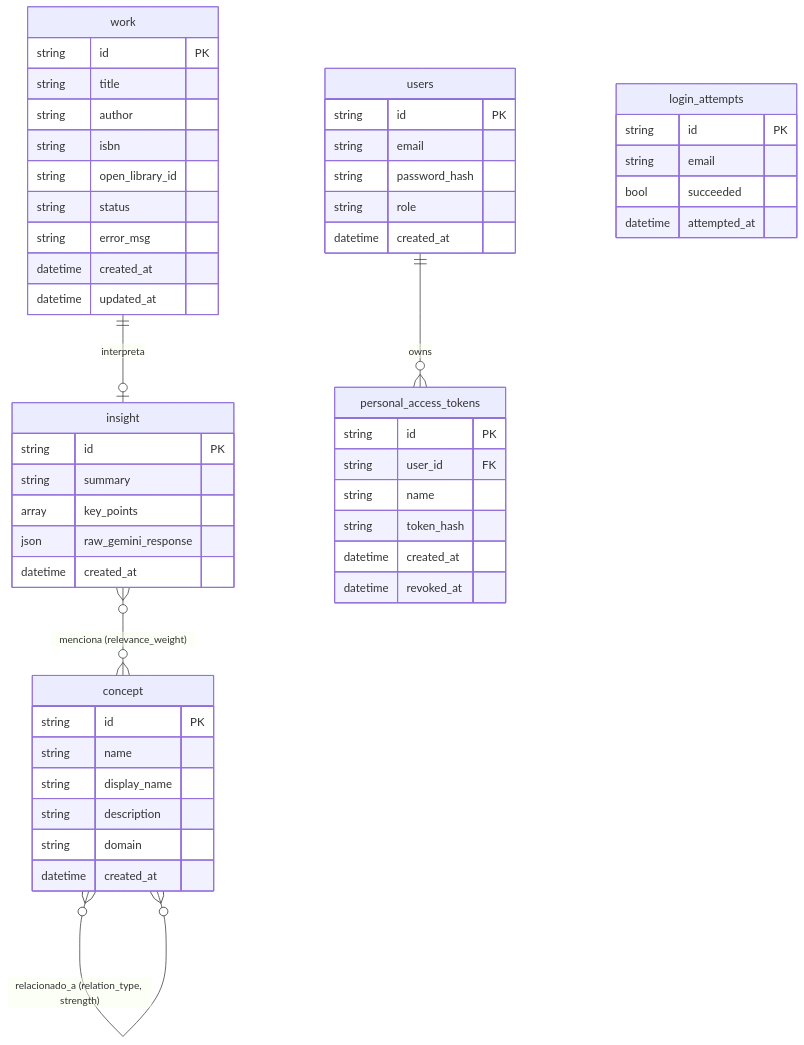
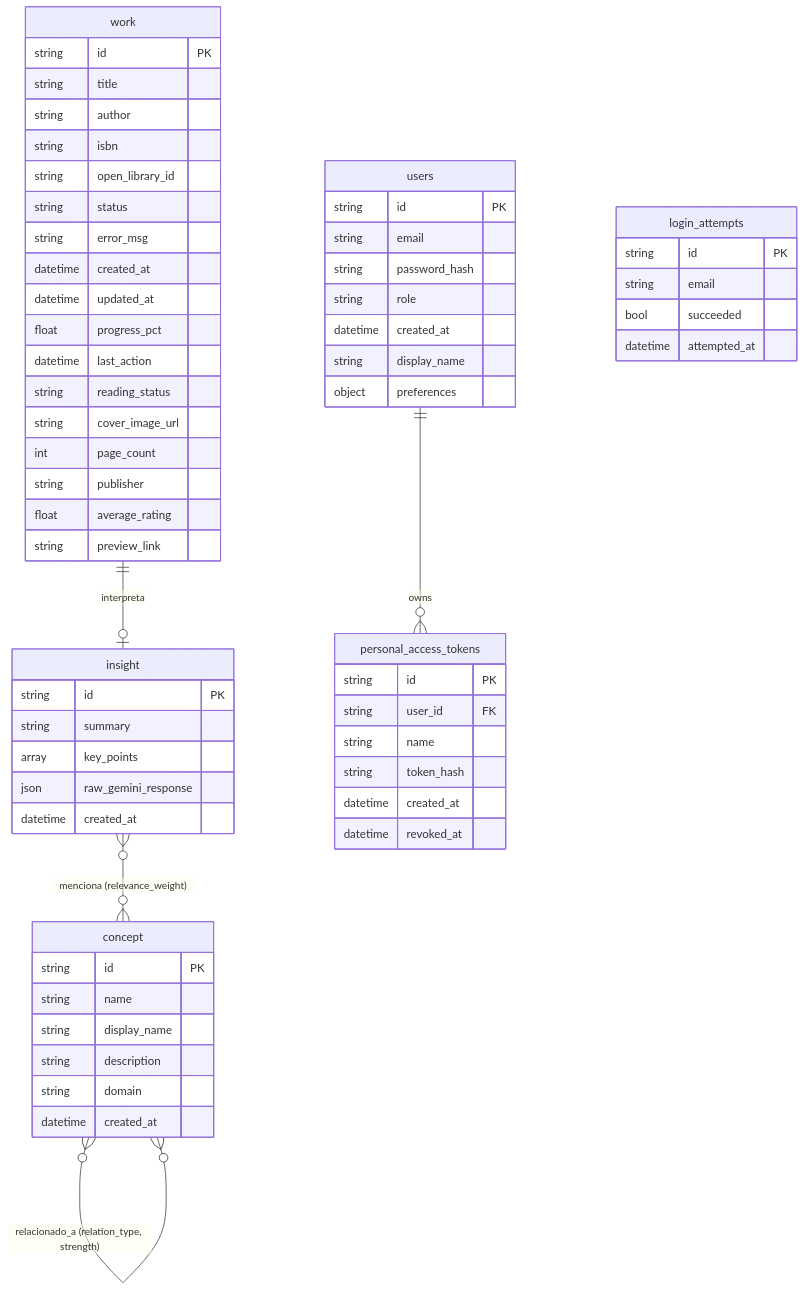
The diagram in _bmad/docs/architecture.md (renatobardi/gist), drawn with Mermaid before and after one commit. The commit also changed other lines of this file and 1 other file, not shown here.

First line of the commit message:
docs: add MVP 2 schema migration documentation

````diff
--- a/_bmad/docs/architecture.md
+++ b/_bmad/docs/architecture.md
@@ -289,55 +297,65 @@
 ```mermaid
 erDiagram
     work {
         string id PK
         string title
         string author
         string isbn
         string open_library_id
         string status
         string error_msg
         datetime created_at
         datetime updated_at
+        float progress_pct
+        datetime last_action
+        string reading_status
+        string cover_image_url
+        int page_count
+        string publisher
+        float average_rating
+        string preview_link
     }
     insight {
         string id PK
         string summary
         array key_points
         json raw_gemini_response
         datetime created_at
     }
     concept {
         string id PK
         string name
         string display_name
         string description
         string domain
         datetime created_at
     }
     users {
         string id PK
         string email
         string password_hash
         string role
         datetime created_at
+        string display_name
+        object preferences
     }
     personal_access_tokens {
         string id PK
         string user_id FK
         string name
         string token_hash
         datetime created_at
         datetime revoked_at
     }
     login_attempts {
         string id PK
         string email
         bool succeeded
         datetime attempted_at
     }
 
     work ||--o| insight : "interpreta"
     insight }o--o{ concept : "menciona (relevance_weight)"
     concept }o--o{ concept : "relacionado_a (relation_type, strength)"
     users ||--o{ personal_access_tokens : "owns"
 ```
````
